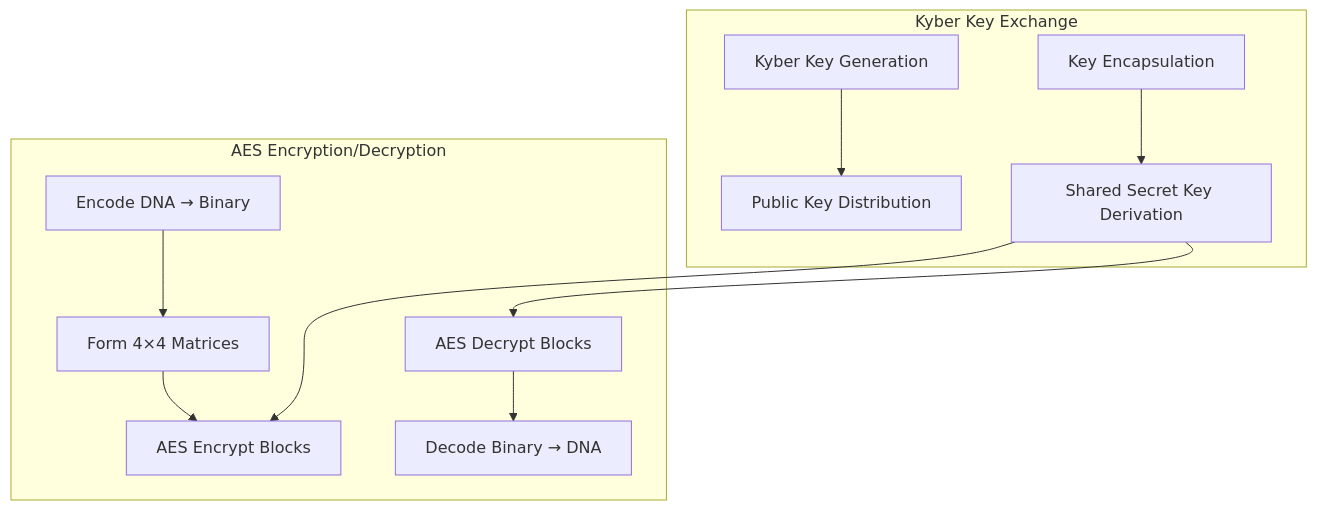
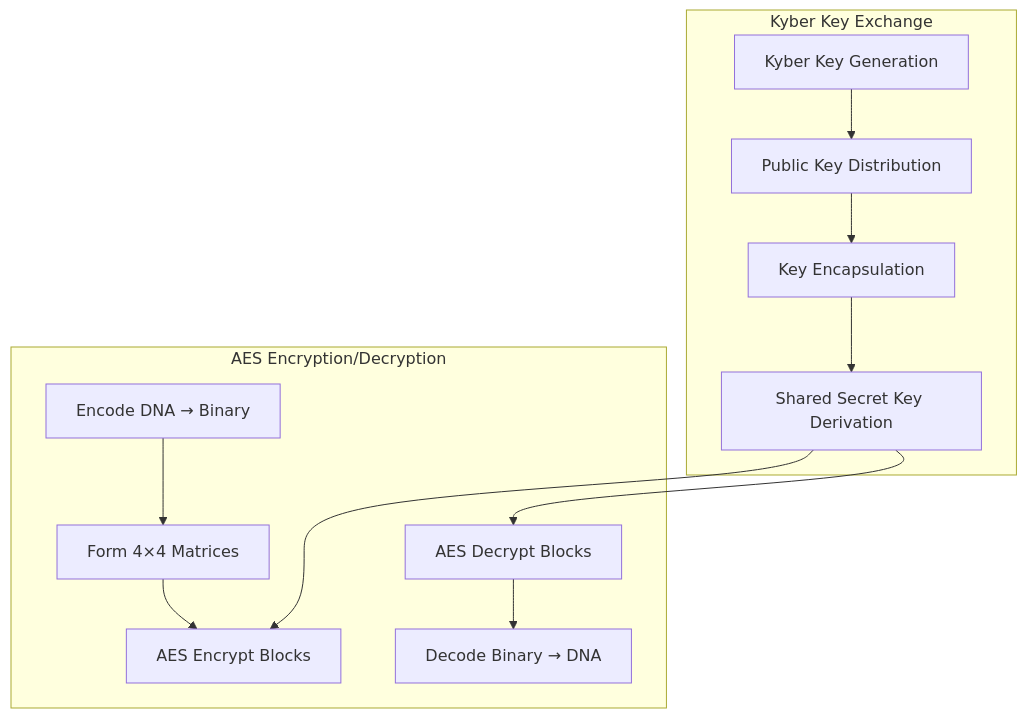
The diagram in README.md (Sankalp-dasari/DNAVault), drawn with Mermaid before and after one commit.

Commit message:
Update README.md
Moved architecture overview

````diff
--- a/README.md
+++ b/README.md
@@ -54,14 +54,15 @@
 ``` mermaid
 flowchart TB
 subgraph "AES Encryption/Decryption"
 B1[Encode DNA → Binary] --> B2[Form 4×4 Matrices] --> B3[AES Encrypt Blocks]
 B4[AES Decrypt Blocks] --> B5[Decode Binary → DNA]
 end
 subgraph "Kyber Key Exchange"
     A1[Kyber Key Generation] --> A2[Public Key Distribution]
+    A2 --> A3
     A3[Key Encapsulation] --> A4[Shared Secret Key Derivation]
 end
 
 A4 --> B3
 A4 --> B4
 ```
````
